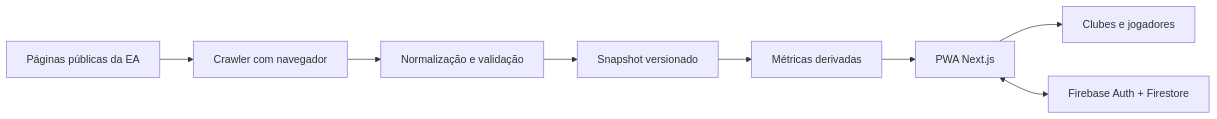
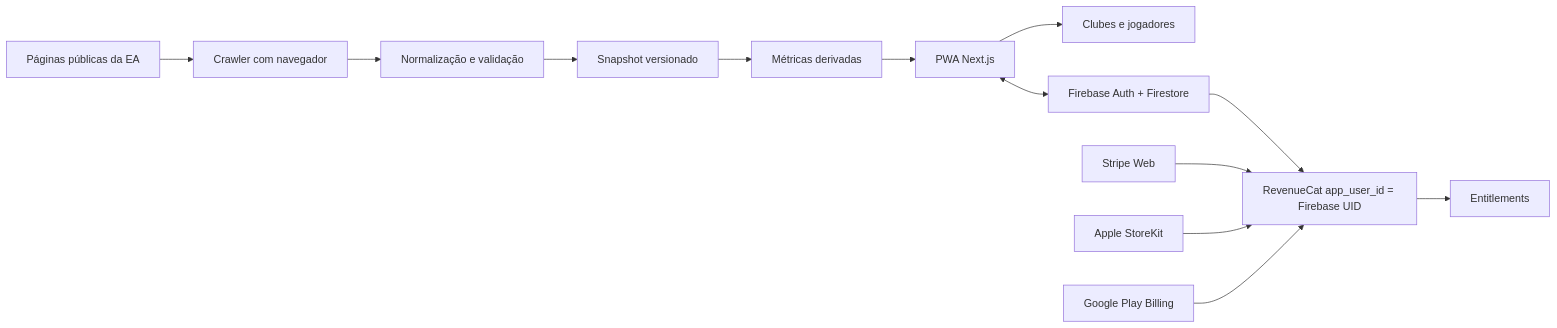
Before and after one commit to cspgabriel/pro-clubs-america: the diagram in docs/ARCHITECTURE.md, drawn with Mermaid. The commit also changed other lines of this file and 23 other files, not shown here.

````diff
--- a/docs/ARCHITECTURE.md
+++ b/docs/ARCHITECTURE.md
@@ -5,10 +5,15 @@
 ```mermaid
 flowchart LR
     EA["Páginas públicas da EA"] --> C["Crawler com navegador"]
     C --> N["Normalização e validação"]
     N --> S["Snapshot versionado"]
     S --> M["Métricas derivadas"]
     M --> P["PWA Next.js"]
     P --> U["Clubes e jogadores"]
     P <--> F["Firebase Auth + Firestore"]
+    F --> R["RevenueCat app_user_id = Firebase UID"]
+    R --> E["Entitlements"]
+    W["Stripe Web"] --> R
+    A["Apple StoreKit"] --> R
+    G["Google Play Billing"] --> R
 ```
````
